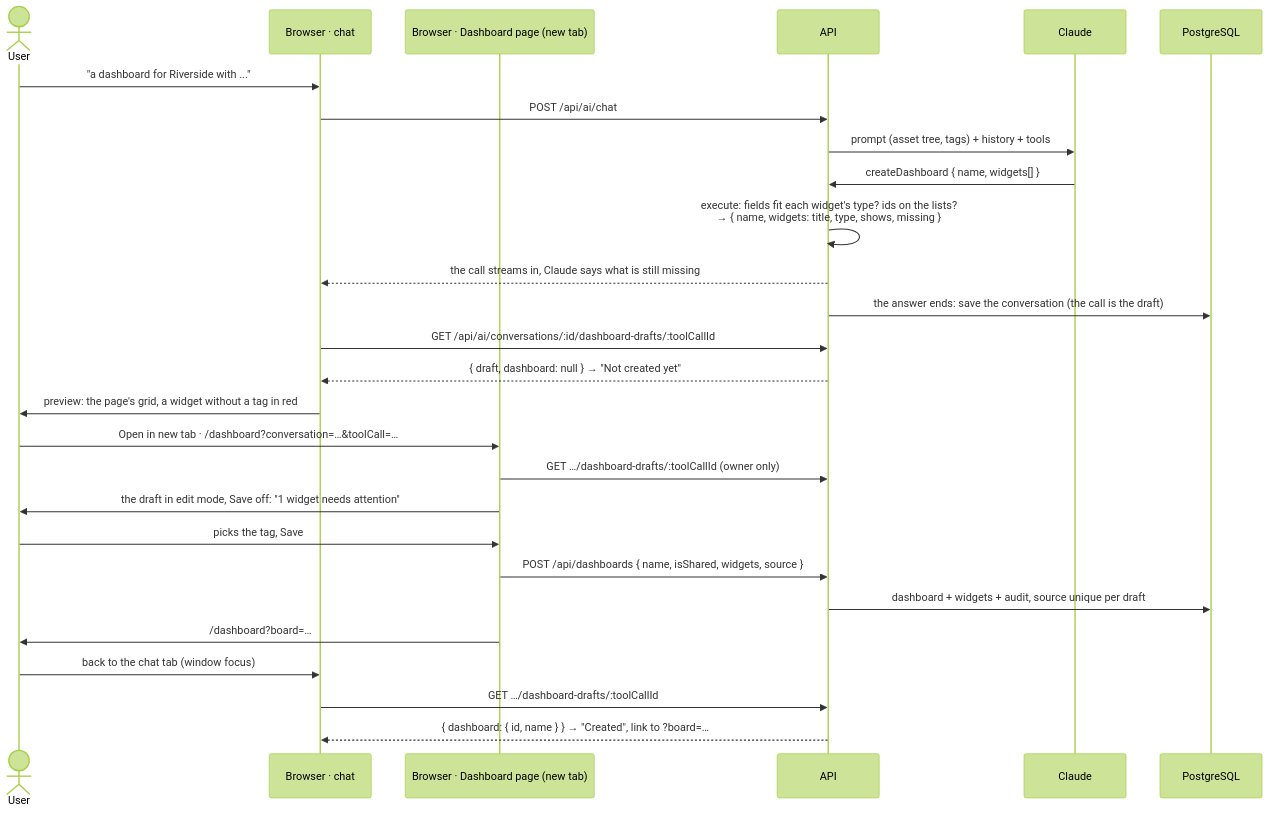
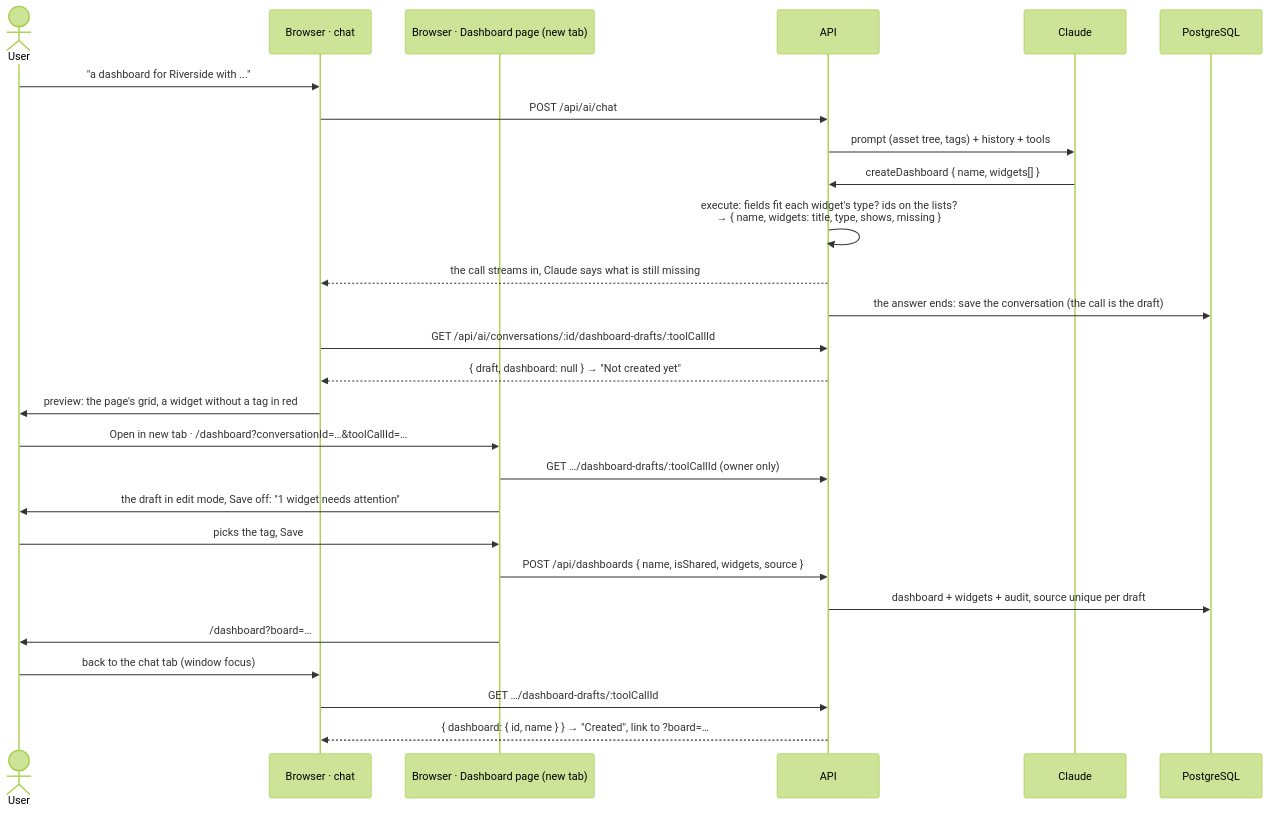
One commit to Slaven1996/gen_ui changed the fifth of 5 diagrams in docs/ai-assistant-flow.md. Above: the diagram before and after it, drawn with Mermaid (forest theme). The commit also changed other lines of this file and 5 other files, not shown here.

````diff
--- a/docs/ai-assistant-flow.md
+++ b/docs/ai-assistant-flow.md
@@ -284,30 +284,30 @@
 ```mermaid
 sequenceDiagram
   actor User
   participant Chat as Browser · chat
   participant Page as Browser · Dashboard page (new tab)
   participant API as API
   participant Claude
   participant DB as PostgreSQL
 
   User->>Chat: "a dashboard for Riverside with ..."
   Chat->>API: POST /api/ai/chat
   API->>Claude: prompt (asset tree, tags) + history + tools
   Claude->>API: createDashboard { name, widgets[] }
   API->>API: execute: fields fit each widget's type? ids on the lists?<br/>→ { name, widgets: title, type, shows, missing }
   API-->>Chat: the call streams in, Claude says what is still missing
   API->>DB: the answer ends: save the conversation (the call is the draft)
   Chat->>API: GET /api/ai/conversations/:id/dashboard-drafts/:toolCallId
   API-->>Chat: { draft, dashboard: null } → "Not created yet"
   Chat->>User: preview: the page's grid, a widget without a tag in red
-  User->>Page: Open in new tab · /dashboard?conversation=…&toolCall=…
+  User->>Page: Open in new tab · /dashboard?conversationId=…&toolCallId=…
   Page->>API: GET …/dashboard-drafts/:toolCallId (owner only)
   Page->>User: the draft in edit mode, Save off: "1 widget needs attention"
   User->>Page: picks the tag, Save
   Page->>API: POST /api/dashboards { name, isShared, widgets, source }
   API->>DB: dashboard + widgets + audit, source unique per draft
   Page->>User: /dashboard?board=…
   User->>Chat: back to the chat tab (window focus)
   Chat->>API: GET …/dashboard-drafts/:toolCallId
   API-->>Chat: { dashboard: { id, name } } → "Created", link to ?board=…
 ```
````
